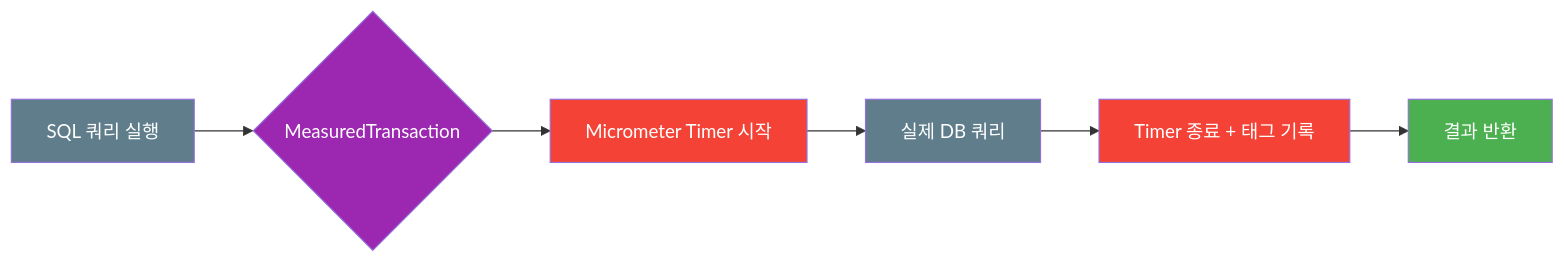
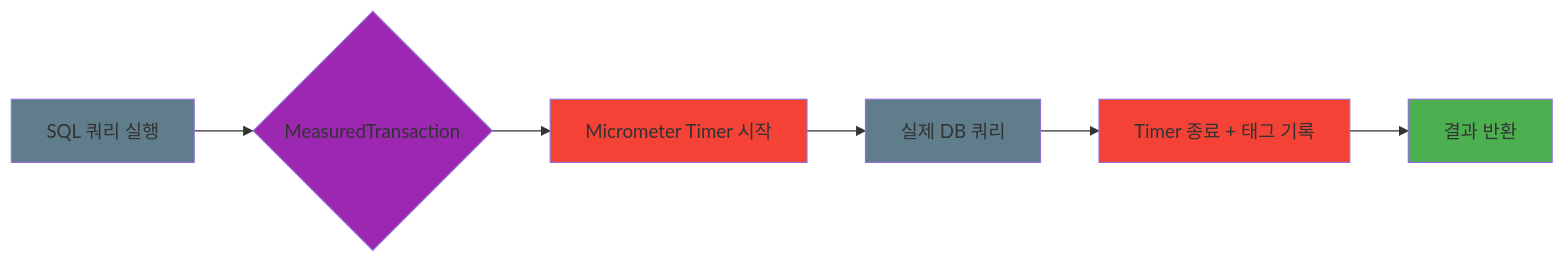
One commit to bluetape4k/bluetape4k-projects changed the second of 3 diagrams in data/exposed-measured/README.md. Above: the diagram before and after it, drawn with Mermaid. The commit also changed 74 other files, not shown here.

First line of the commit message:
docs: bluetape4k/core/coroutines/logging, io/feign~vertx README 색상 Mermaid UML 추가

````diff
--- a/data/exposed-measured/README.md
+++ b/data/exposed-measured/README.md
@@ -79,15 +79,15 @@
 ```mermaid
 flowchart LR
     A[SQL 쿼리 실행] --> B{MeasuredTransaction}
     B --> C[Micrometer Timer 시작]
     C --> D[실제 DB 쿼리]
     D --> E[Timer 종료 + 태그 기록]
     E --> F[결과 반환]
 
-    style A fill:#607D8B,color:#fff
-    style B fill:#9C27B0,color:#fff
-    style C fill:#F44336,color:#fff
-    style D fill:#607D8B,color:#fff
-    style E fill:#F44336,color:#fff
-    style F fill:#4CAF50,color:#fff
+    style A fill:#607D8B
+    style B fill:#9C27B0
+    style C fill:#F44336
+    style D fill:#607D8B
+    style E fill:#F44336
+    style F fill:#4CAF50
 ```
````
